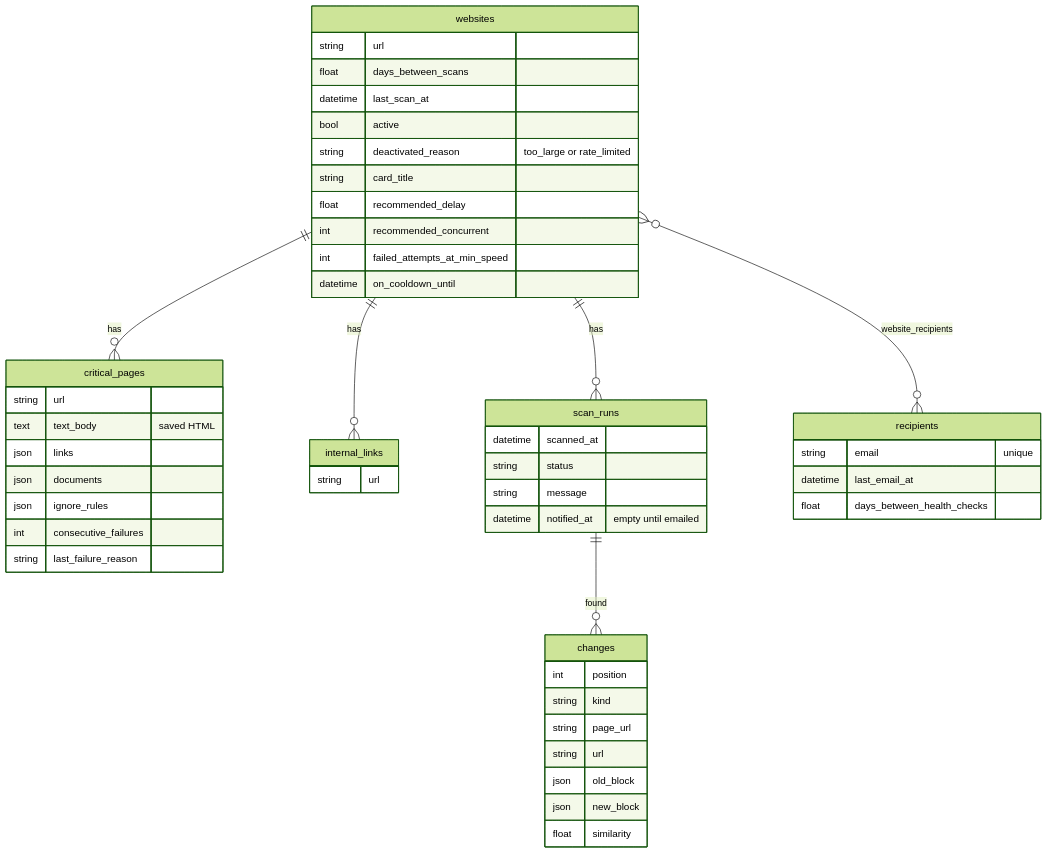
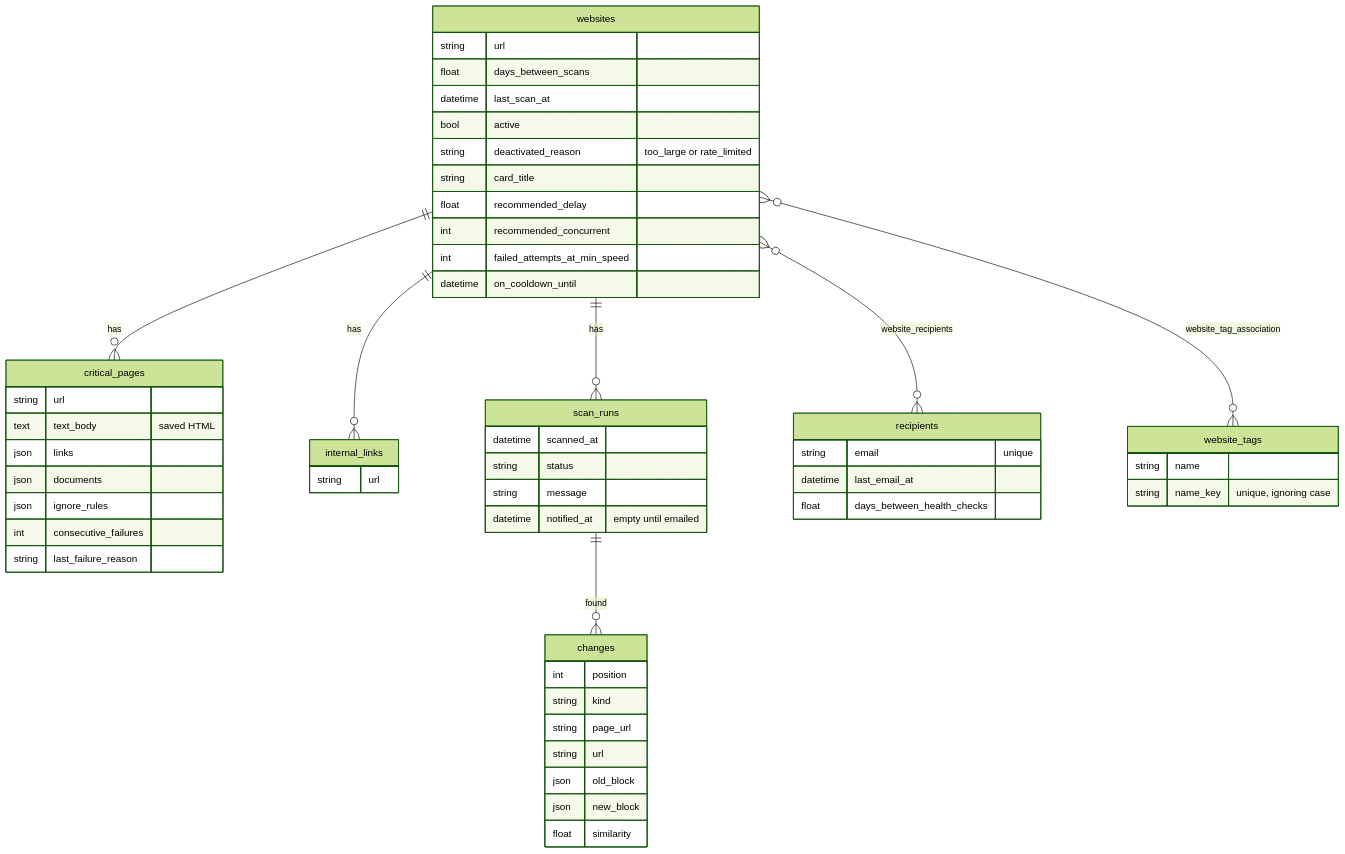
One commit to Jakespitteler/inwebstigator changed the fifth of 5 diagrams in docs/ARCHITECTURE.md. Above: the diagram before and after it, drawn with Mermaid (forest theme). The commit also changed other lines of this file and 3 other files, not shown here.

````diff
--- a/docs/ARCHITECTURE.md
+++ b/docs/ARCHITECTURE.md
@@ -451,53 +460,58 @@
 ```mermaid
 erDiagram
     websites ||--o{ critical_pages : has
     websites ||--o{ internal_links : has
     websites ||--o{ scan_runs : has
     scan_runs ||--o{ changes : found
     websites }o--o{ recipients : "website_recipients"
+    websites }o--o{ website_tags : "website_tag_association"
 
     websites {
         string url
         float days_between_scans
         datetime last_scan_at
         bool active
         string deactivated_reason "too_large or rate_limited"
         string card_title
         float recommended_delay
         int recommended_concurrent
         int failed_attempts_at_min_speed
         datetime on_cooldown_until
     }
     critical_pages {
         string url
         text text_body "saved HTML"
         json links
         json documents
         json ignore_rules
         int consecutive_failures
         string last_failure_reason
     }
     internal_links {
         string url
     }
     scan_runs {
         datetime scanned_at
         string status
         string message
         datetime notified_at "empty until emailed"
     }
     changes {
         int position
         string kind
         string page_url
         string url
         json old_block
         json new_block
         float similarity
     }
     recipients {
         string email "unique"
         datetime last_email_at
         float days_between_health_checks
     }
+    website_tags {
+        string name
+        string name_key "unique, ignoring case"
+    }
 ```
````
